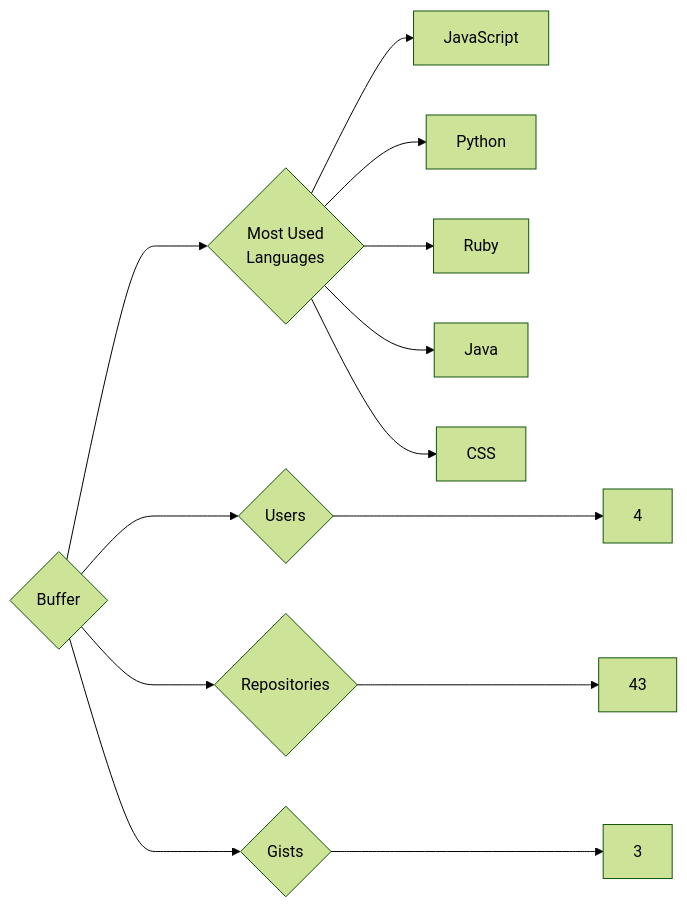
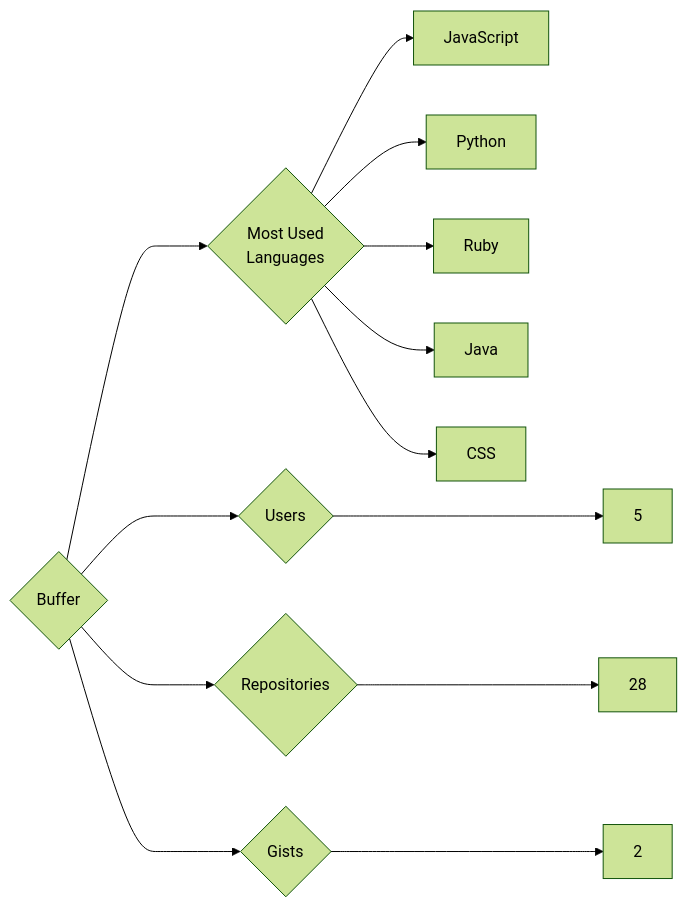
Before and after one commit to trickest/insiders: the diagram in targets/Buffer/README.md, drawn with Mermaid (forest theme). The commit also changed 1166 other files, not shown here.

````diff
--- a/targets/Buffer/README.md
+++ b/targets/Buffer/README.md
@@ -3,13 +3,13 @@
 ```mermaid
 graph LR
 COMPANY_NAME{Buffer}
-COMPANY_NAME ---> U{Users} ---> UN[4]
-COMPANY_NAME ---> R{Repositories} ---> RN[43]
-COMPANY_NAME ---> G{Gists} ---> GN[3]
+COMPANY_NAME ---> U{Users} ---> UN[5]
+COMPANY_NAME ---> R{Repositories} ---> RN[28]
+COMPANY_NAME ---> G{Gists} ---> GN[2]
 COMPANY_NAME ---> ML{Most Used<br>Languages}
 ML --> JavaScript[JavaScript]
 ML --> Python[Python]
 ML --> Ruby[Ruby]
 ML --> Java[Java]
 ML --> CSS[CSS]
 ```
````
